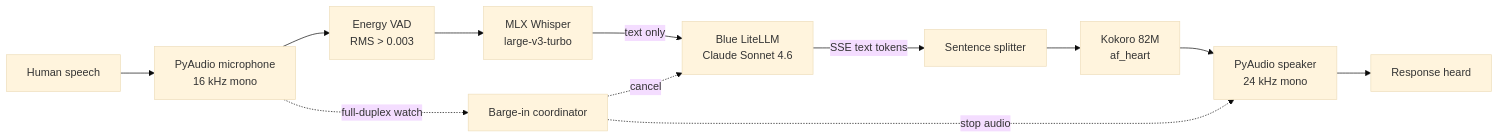
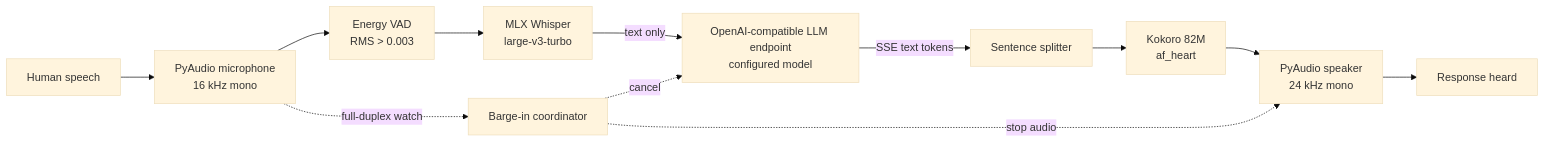
Before and after one commit to 42euge/geno-voice: the diagram in docs/human-voice-turn-explainer.md, drawn with Mermaid (base theme). The commit also changed other lines of this file and 2 other files, not shown here.

Commit message:
docs: make LLM examples provider neutral

````diff
--- a/docs/human-voice-turn-explainer.md
+++ b/docs/human-voice-turn-explainer.md
@@ -20,15 +20,15 @@
 ```mermaid
 flowchart LR
     Human[Human speech] --> Mic[PyAudio microphone\n16 kHz mono]
     Mic --> VAD[Energy VAD\nRMS > 0.003]
     VAD --> STT[MLX Whisper\nlarge-v3-turbo]
-    STT -->|text only| Blue[Blue LiteLLM\nClaude Sonnet 4.6]
-    Blue -->|SSE text tokens| Split[Sentence splitter]
+    STT -->|text only| LLM[OpenAI-compatible LLM endpoint\nconfigured model]
+    LLM -->|SSE text tokens| Split[Sentence splitter]
     Split --> TTS[Kokoro 82M\naf_heart]
     TTS --> Speaker[PyAudio speaker\n24 kHz mono]
     Speaker --> Heard[Response heard]
 
     Mic -. full-duplex watch .-> Barge[Barge-in coordinator]
-    Barge -. cancel .-> Blue
+    Barge -. cancel .-> LLM
     Barge -. stop audio .-> Speaker
 ```
````
